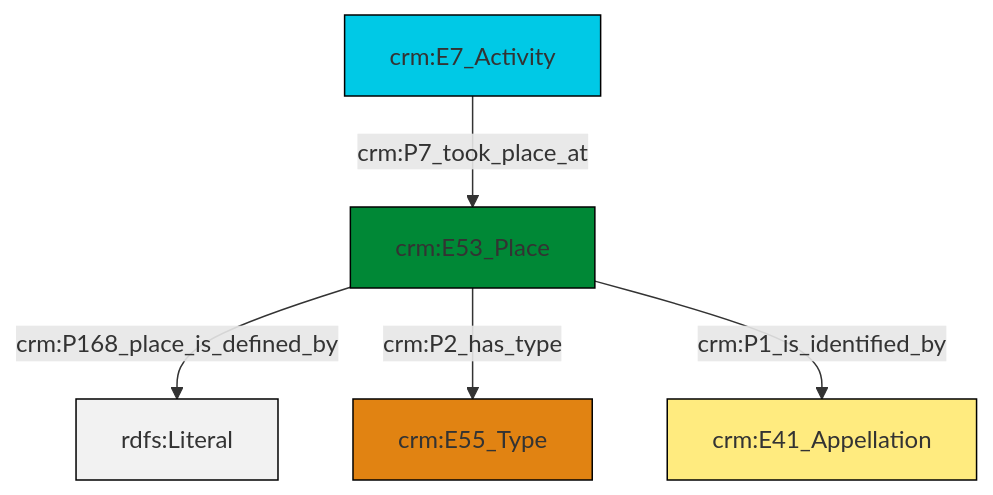
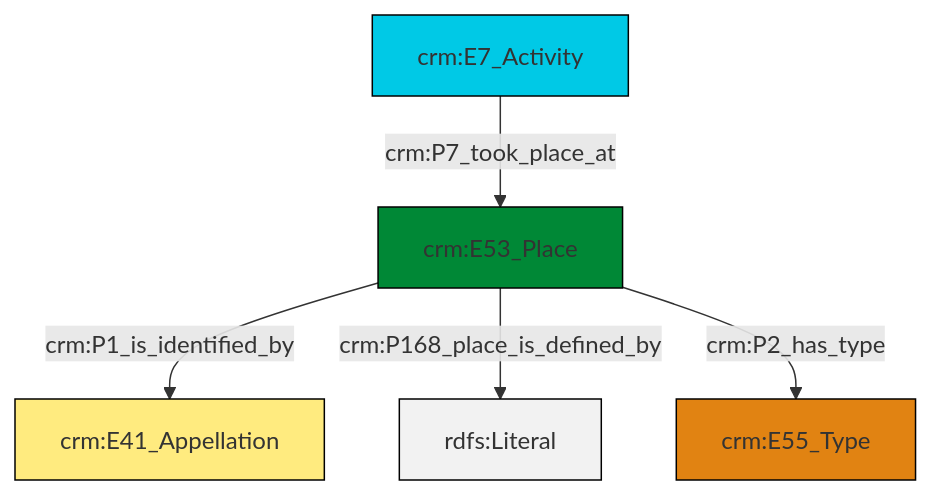
Before and after one commit to swiss-art-research-net/reference-data-models: the diagram in et/eventCSV/ttl/mmd/event_location.ttl.mmd, drawn with Mermaid. The commit also changed 125 other files, not shown here.

```diff
--- a/et/eventCSV/ttl/mmd/event_location.ttl.mmd
+++ b/et/eventCSV/ttl/mmd/event_location.ttl.mmd
@@ -1,19 +1,19 @@
 graph TD
 classDef Literal fill:#f2f2f2,stroke:#000000;
 classDef CRM_Entity fill:#FFFFFF,stroke:#000000;
 classDef Temporal_Entity fill:#00C9E6, stroke:#000000;
 classDef Type fill:#E18312, stroke:#000000;
 classDef Time-Span fill:#2C9C91, stroke:#000000;
 classDef Appellation fill:#FFEB7F, stroke:#000000;
 classDef Place fill:#008836, stroke:#000000;
 classDef Persistent_Item fill:#B266B2, stroke:#000000;
 classDef Conceptual_Object fill:#FFD700, stroke:#000000;
 classDef Physical_Thing fill:#D2B48C, stroke:#000000;
 classDef Actor fill:#f58aad, stroke:#000000;
 classDef PC_Classes fill:#4ce600, stroke:#000000;
 classDef Multi fill:#cccccc,stroke:#000000;
 
-2["crm:E53_Place"]:::Place -->|crm:P168_place_is_defined_by| 4[rdfs:Literal]:::Literal
-5["crm:E7_Activity"]:::Temporal_Entity -->|crm:P7_took_place_at| 2["crm:E53_Place"]:::Place
-2["crm:E53_Place"]:::Place -->|crm:P2_has_type| 6["crm:E55_Type"]:::Type
-2["crm:E53_Place"]:::Place -->|crm:P1_is_identified_by| 0["crm:E41_Appellation"]:::Appellation
+0["crm:E53_Place"]:::Place -->|crm:P1_is_identified_by| 2["crm:E41_Appellation"]:::Appellation
+0["crm:E53_Place"]:::Place -->|crm:P168_place_is_defined_by| 6[rdfs:Literal]:::Literal
+0["crm:E53_Place"]:::Place -->|crm:P2_has_type| 7["crm:E55_Type"]:::Type
+4["crm:E7_Activity"]:::Temporal_Entity -->|crm:P7_took_place_at| 0["crm:E53_Place"]:::Place
```
